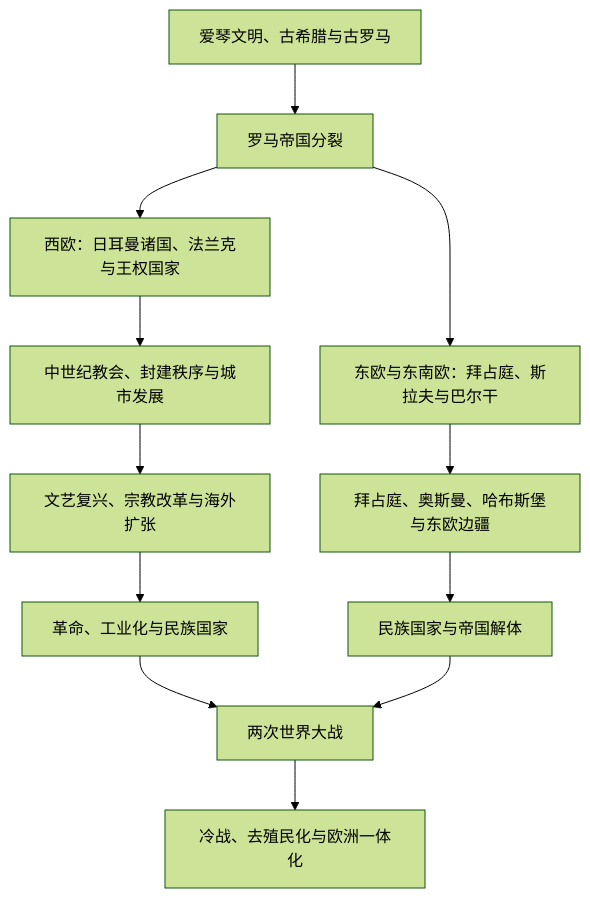
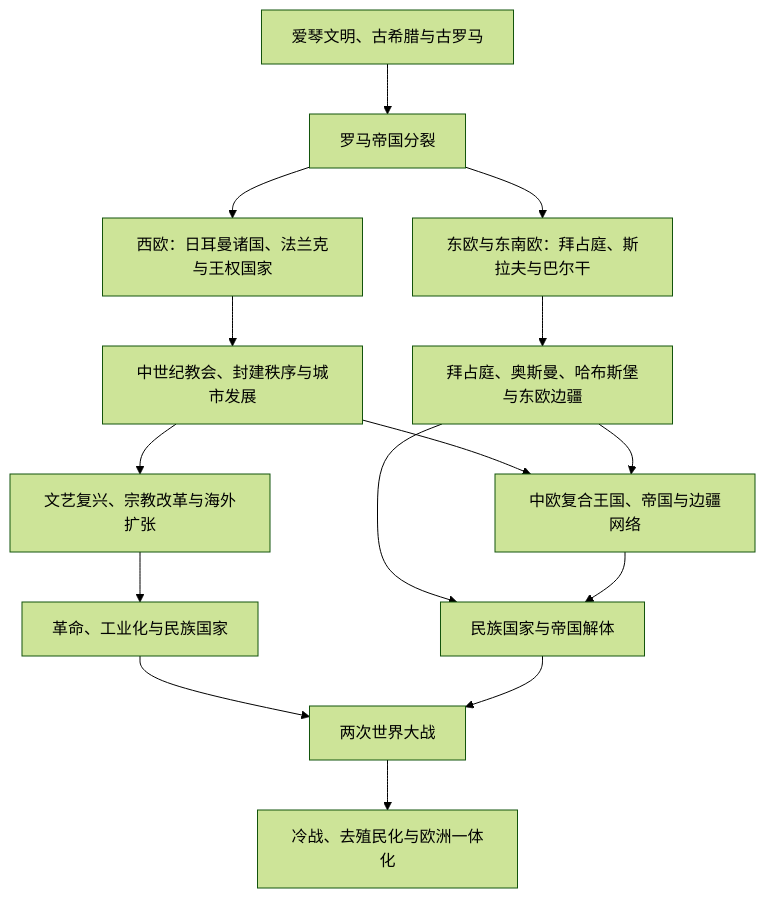
The diagram in 人文科学/历史/欧洲/README.md (tianlan-dev/learning-notes), drawn with Mermaid (forest theme) before and after one commit. The commit also changed other lines of this file and 180 other files, not shown here.

````diff
--- a/人文科学/历史/欧洲/README.md
+++ b/人文科学/历史/欧洲/README.md
@@ -13,14 +13,17 @@
 ```mermaid
 flowchart TD
     Classical["爱琴文明、古希腊与古罗马"] --> RomanSplit["罗马帝国分裂"]
     RomanSplit --> West["西欧：日耳曼诸国、法兰克与王权国家"]
     RomanSplit --> East["东欧与东南欧：拜占庭、斯拉夫与巴尔干"]
     West --> Medieval["中世纪教会、封建秩序与城市发展"]
     East --> Borderlands["拜占庭、奥斯曼、哈布斯堡与东欧边疆"]
+    Medieval --> CentralEurope["中欧复合王国、帝国与边疆网络"]
+    Borderlands --> CentralEurope
     Medieval --> EarlyModern["文艺复兴、宗教改革与海外扩张"]
     Borderlands --> Nations["民族国家与帝国解体"]
+    CentralEurope --> Nations
     EarlyModern --> Revolutions["革命、工业化与民族国家"]
     Revolutions --> WorldWars["两次世界大战"]
     Nations --> WorldWars
     WorldWars --> Contemporary["冷战、去殖民化与欧洲一体化"]
 ```
````
